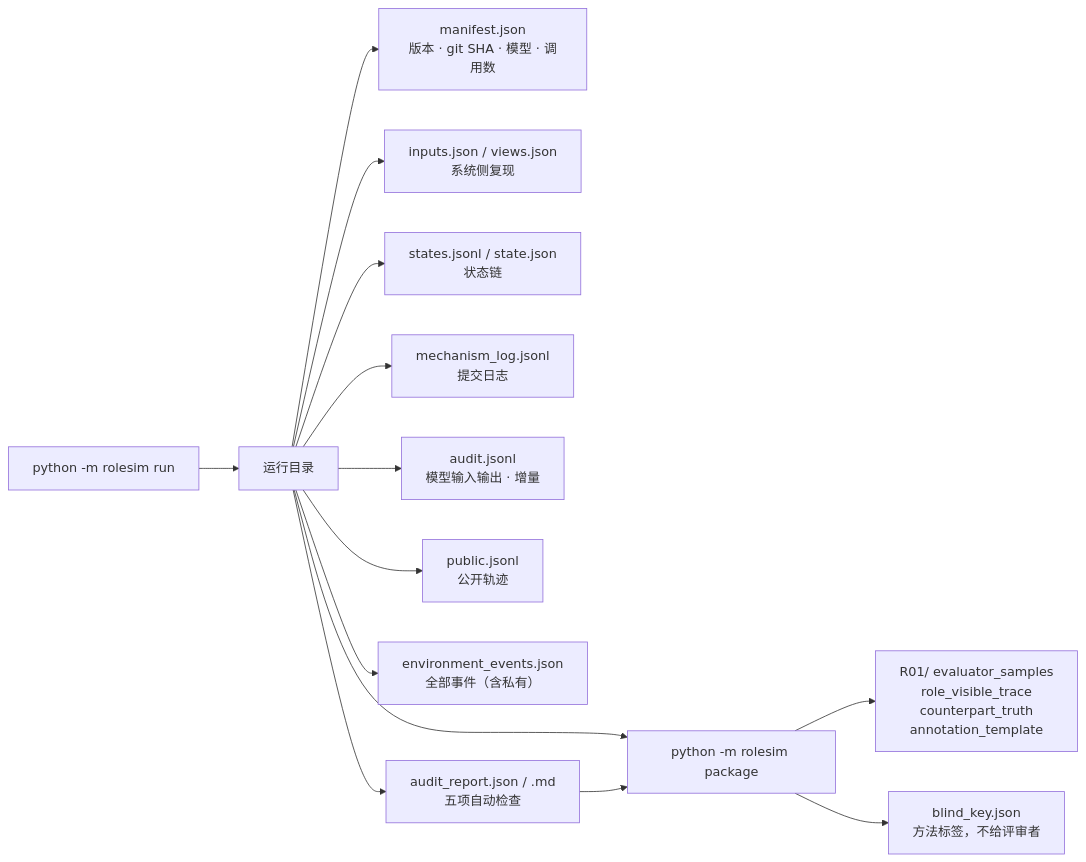
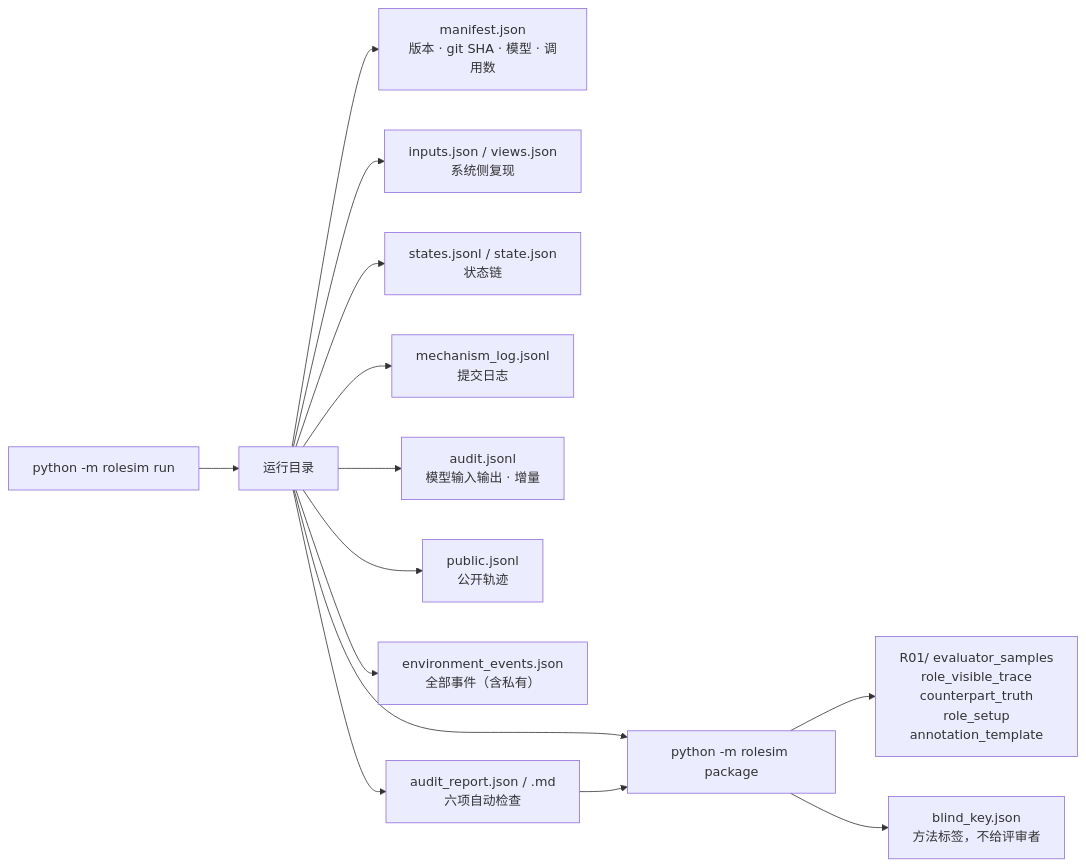
One commit to piersalei/RoleSimulationFramework changed the fifth of 5 diagrams in docs/07-architecture.md. Above: the diagram before and after it, drawn with Mermaid. The commit also changed other lines of this file and 5 other files, not shown here.

Commit message:
docs: skills survey and route decision, timeline/interruption design, phase D plan

````diff
--- a/docs/07-architecture.md
+++ b/docs/07-architecture.md
@@ -198,16 +219,16 @@
 ```mermaid
 flowchart LR
   RUNX["python -m rolesim run"] --> D["运行目录"]
   D --> F1["manifest.json<br/>版本 · git SHA · 模型 · 调用数"]
   D --> F2["inputs.json / views.json<br/>系统侧复现"]
   D --> F3["states.jsonl / state.json<br/>状态链"]
   D --> F4["mechanism_log.jsonl<br/>提交日志"]
   D --> F5["audit.jsonl<br/>模型输入输出 · 增量"]
   D --> F6["public.jsonl<br/>公开轨迹"]
   D --> F7["environment_events.json<br/>全部事件（含私有）"]
-  D --> AR["audit_report.json / .md<br/>五项自动检查"]
+  D --> AR["audit_report.json / .md<br/>六项自动检查"]
   D --> PK["python -m rolesim package"]
   AR --> PK
-  PK --> P1["R01/ evaluator_samples<br/>role_visible_trace<br/>counterpart_truth<br/>annotation_template"]
+  PK --> P1["R01/ evaluator_samples<br/>role_visible_trace<br/>counterpart_truth<br/>role_setup<br/>annotation_template"]
   PK --> P2["blind_key.json<br/>方法标签，不给评审者"]
 ```
````
